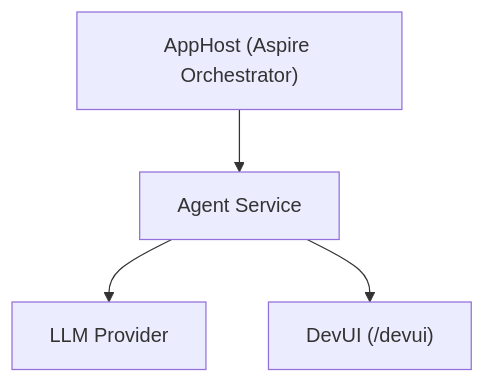
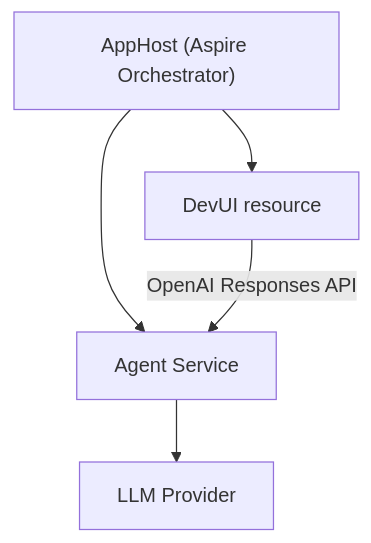
The diagram in content/aspire-agent/README.md (leslierichardson95/aspire-agent-template), drawn with Mermaid before and after one commit. The commit also changed other lines of this file and 12 other files, not shown here.

````diff
--- a/content/aspire-agent/README.md
+++ b/content/aspire-agent/README.md
@@ -7,11 +7,12 @@
 ```mermaid
 graph TD
     AppHost["AppHost (Aspire Orchestrator)"]
     Agent["Agent Service"]
     LLM["LLM Provider"]
-    DevUI["DevUI (/devui)"]
+    DevUI["DevUI resource"]
 
     AppHost --> Agent
+    AppHost --> DevUI
+    DevUI -- "OpenAI Responses API" --> Agent
     Agent --> LLM
-    Agent --> DevUI
 ```
````
